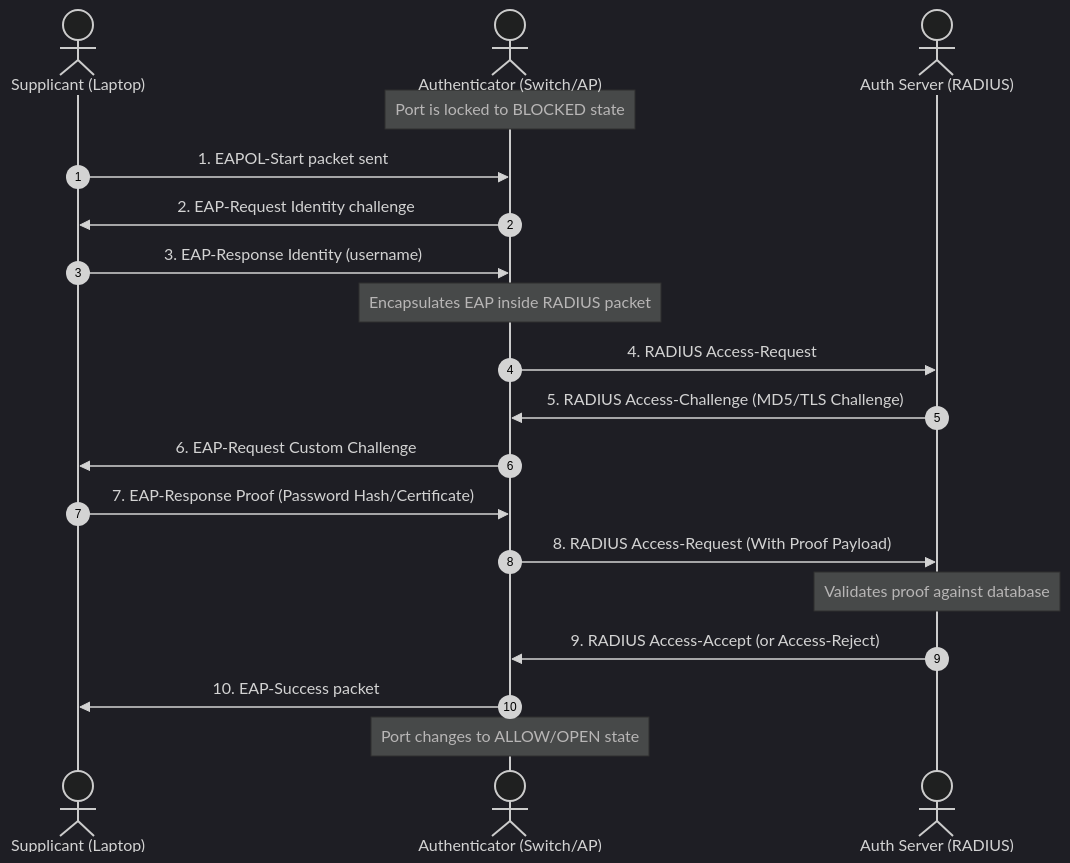
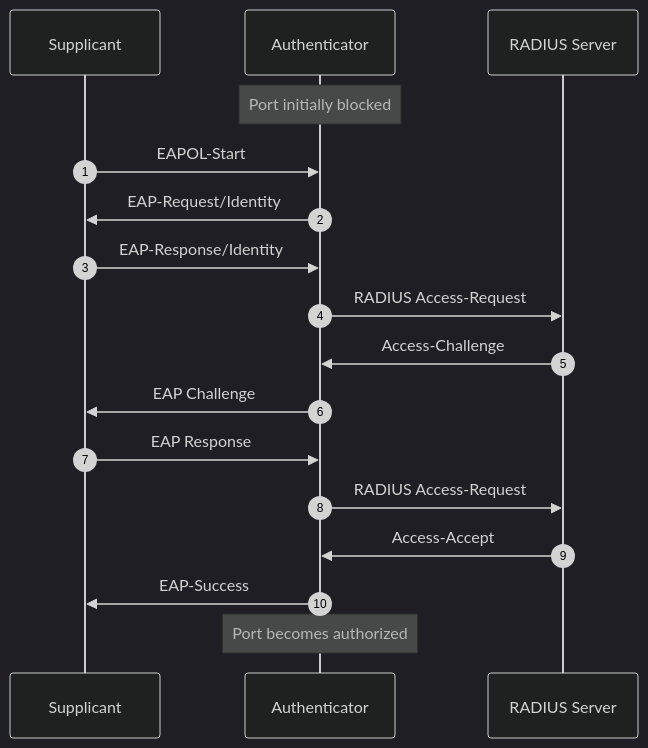
The second of 4 diagrams in 03-Academics/Network_Security/IEEE.md (namaewafaisal/Obsidian_Vault), drawn with Mermaid (dark theme) before and after one commit. The commit also changed other lines of this file and 6 other files, not shown here.

````diff
--- a/03-Academics/Network_Security/IEEE.md
+++ b/03-Academics/Network_Security/IEEE.md
@@ -50,23 +149,32 @@
-```mermaid
+```mermaid id="jlwm8n"
 sequenceDiagram
     autonumber
-    actor Client as Supplicant (Laptop)
-    actor Switch as Authenticator (Switch/AP)
-    actor Server as Auth Server (RADIUS)
-    
-    Note over Switch: Port is locked to BLOCKED state
-    Client->>Switch: 1. EAPOL-Start packet sent
-    Switch->>Client: 2. EAP-Request Identity challenge
-    Client->>Switch: 3. EAP-Response Identity (username)
-    Note over Switch: Encapsulates EAP inside RADIUS packet
-    Switch->>Server: 4. RADIUS Access-Request
-    Server->>Switch: 5. RADIUS Access-Challenge (MD5/TLS Challenge)
-    Switch->>Client: 6. EAP-Request Custom Challenge
-    Client->>Switch: 7. EAP-Response Proof (Password Hash/Certificate)
-    Switch->>Server: 8. RADIUS Access-Request (With Proof Payload)
-    Note over Server: Validates proof against database
-    Server->>Switch: 9. RADIUS Access-Accept (or Access-Reject)
-    Switch->>Client: 10. EAP-Success packet
-    Note over Switch: Port changes to ALLOW/OPEN state
 
+    participant C as Supplicant
+    participant SW as Authenticator
+    participant R as RADIUS Server
+
+    Note over SW: Port initially blocked
+
+    C->>SW: EAPOL-Start
+
+    SW->>C: EAP-Request/Identity
+
+    C->>SW: EAP-Response/Identity
+
+    SW->>R: RADIUS Access-Request
+
+    R->>SW: Access-Challenge
+
+    SW->>C: EAP Challenge
+
+    C->>SW: EAP Response
+
+    SW->>R: RADIUS Access-Request
+
+    R->>SW: Access-Accept
+
+    SW->>C: EAP-Success
+
+    Note over SW: Port becomes authorized
 ```
````
